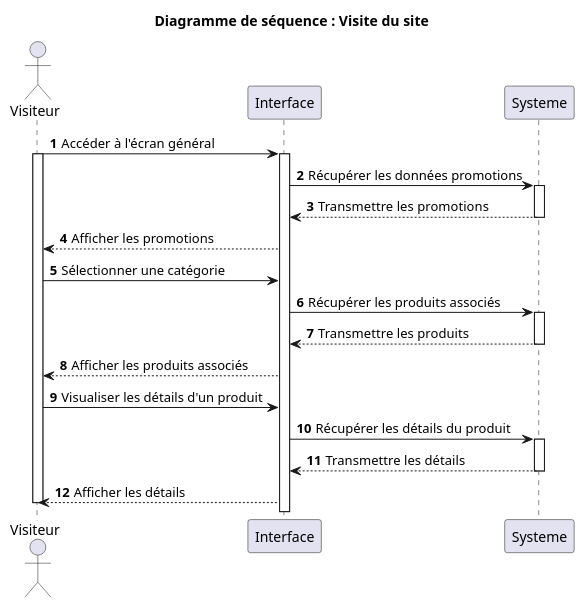
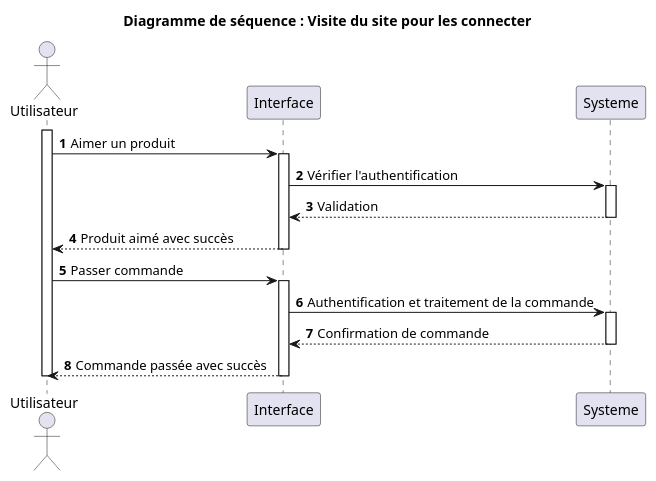
One commit to MehediT/BoutiqueLigneAudiovisuels changed the diagram in Sequence/SiteVisite_User.puml. Above: the diagram before and after it, drawn with PlantUML. The commit also changed other lines of this file and 1 other file, not shown here.

Commit message:
Site visite

```diff
--- a/Sequence/SiteVisite_User.puml
+++ b/Sequence/SiteVisite_User.puml
@@ -1,34 +1,30 @@
 @startuml
-actor Visiteur as User
+actor Utilisateur as User
 
 autonumber
 
-title Diagramme de séquence : Visite du site
+title Diagramme de séquence : Visite du site pour les connecter
+activate User
+User -> Interface : Aimer un produit
+activate Interface
+Interface -> Systeme : Vérifier l'authentification
 
-User -> Interface : Accéder à l'écran général
-activate User
-activate Interface
-Interface -> Systeme : Récupérer les données promotions
 activate Systeme
-Systeme --> Interface : Transmettre les promotions
+Systeme --> Interface : Validation
 deactivate Systeme
 
-Interface --> User : Afficher les promotions
+Interface --> User : Produit aimé avec succès
+deactivate Interface
 
+User -> Interface : Passer commande
+activate Interface
+Interface -> Systeme : Authentification et traitement de la commande
+activate Systeme
 
-User -> Interface : Sélectionner une catégorie
-Interface -> Systeme : Récupérer les produits associés
-activate Systeme
-Systeme --> Interface : Transmettre les produits
+Systeme --> Interface : Confirmation de commande
 deactivate Systeme
 
-Interface --> User : Afficher les produits associés
-User -> Interface : Visualiser les détails d'un produit
-Interface -> Systeme : Récupérer les détails du produit
-activate Systeme
-Systeme --> Interface : Transmettre les détails
-deactivate Systeme
-Interface --> User : Afficher les détails
-
+Interface --> User : Commande passée avec succès
+deactivate Interface
 deactivate User
 @enduml
```
